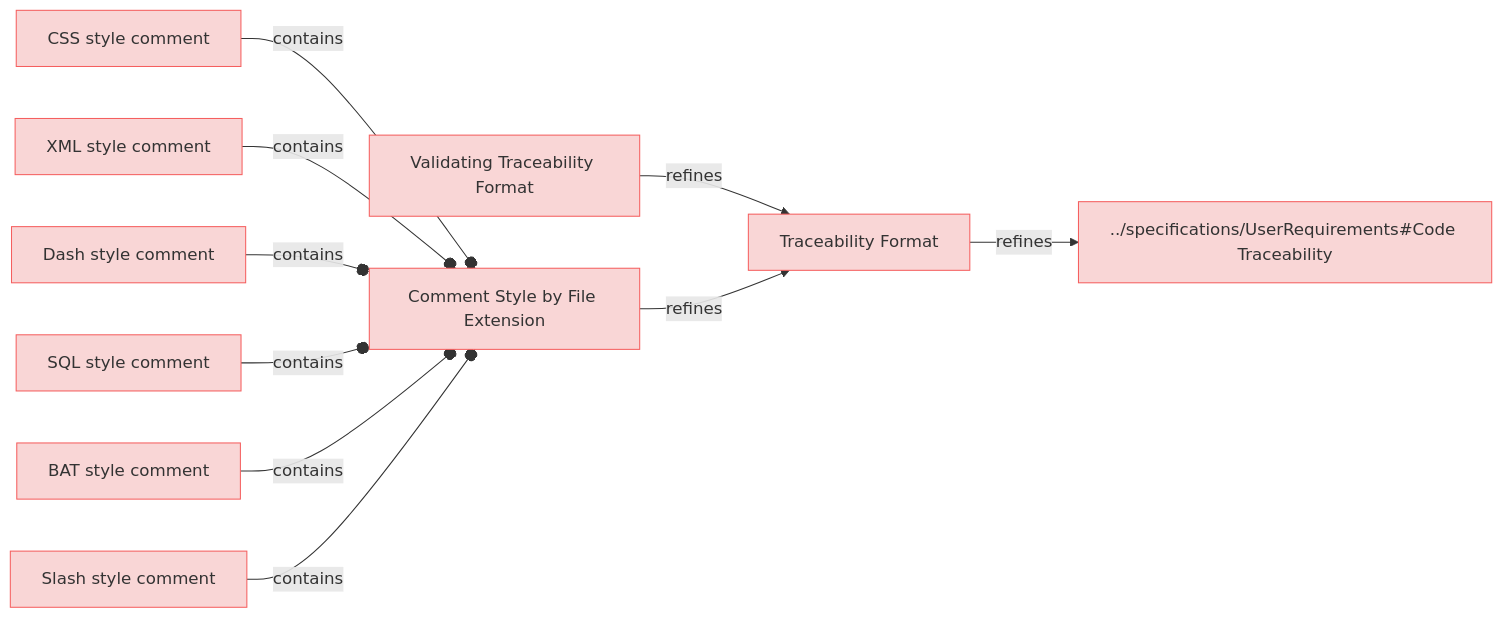
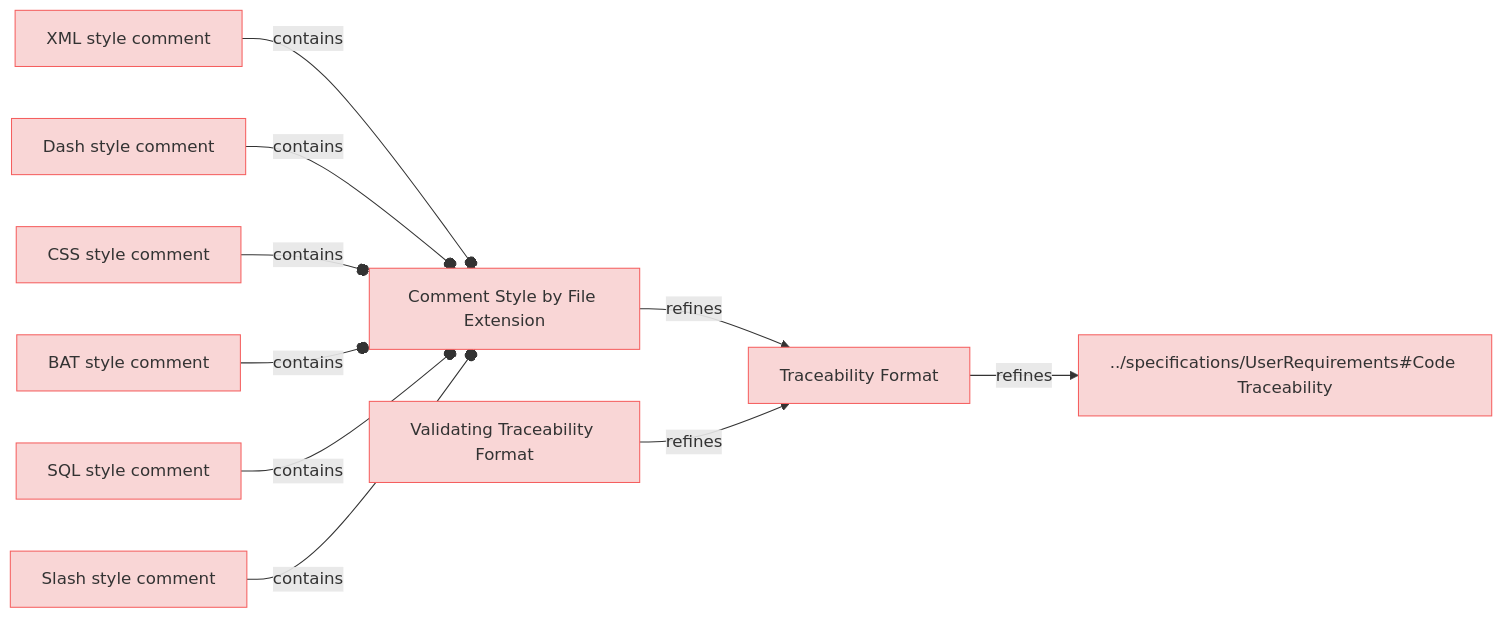
Before and after one commit to reqvire-org/reqvire: the diagram in specifications/CodeTraecabilityRequirements.md, drawn with Mermaid. The commit also changed 21 other files, not shown here.

````diff
--- a/specifications/CodeTraecabilityRequirements.md
+++ b/specifications/CodeTraecabilityRequirements.md
@@ -4,48 +4,48 @@
 ```mermaid
 graph LR;
   %% Graph styling
   classDef requirement fill:#f9d6d6,stroke:#f55f5f,stroke-width:1px;
   classDef verification fill:#d6f9d6,stroke:#5fd75f,stroke-width:1px;
   classDef externalLink fill:#d0e0ff,stroke:#3080ff,stroke-width:1px;
   classDef default fill:#f5f5f5,stroke:#333333,stroke-width:1px;
 
-  a95a4125680208c["CSS style comment"];
-  click a95a4125680208c "https://github.com/ilijaljubicic/Reqvire/blob/8a68ca1eab81bac7964085e47777a0a92447c6a5/specifications/CodeTraecabilityRequirements.md#css-style-comment";
-  class a95a4125680208c requirement;
-  ed3c714e80a3b243["Comment Style by File Extension"];
-  class ed3c714e80a3b243 requirement;
-  click ed3c714e80a3b243 "https://github.com/ilijaljubicic/Reqvire/blob/8a68ca1eab81bac7964085e47777a0a92447c6a5/specifications/CodeTraecabilityRequirements.md#comment-style-by-file-extension";
-  a95a4125680208c --o|contains| ed3c714e80a3b243;
-  c3ad800b6ea0175f["Validating Traceability Format"];
-  click c3ad800b6ea0175f "https://github.com/ilijaljubicic/Reqvire/blob/8a68ca1eab81bac7964085e47777a0a92447c6a5/specifications/CodeTraecabilityRequirements.md#validating-traceability-format";
-  class c3ad800b6ea0175f requirement;
-  d8281700231a102c["Traceability Format"];
-  class d8281700231a102c requirement;
-  click d8281700231a102c "https://github.com/ilijaljubicic/Reqvire/blob/8a68ca1eab81bac7964085e47777a0a92447c6a5/specifications/CodeTraecabilityRequirements.md#traceability-format";
-  c3ad800b6ea0175f -->|refines| d8281700231a102c;
-  d208794d54aa32bd["XML style comment"];
-  click d208794d54aa32bd "https://github.com/ilijaljubicic/Reqvire/blob/8a68ca1eab81bac7964085e47777a0a92447c6a5/specifications/CodeTraecabilityRequirements.md#xml-style-comment";
-  class d208794d54aa32bd requirement;
-  d208794d54aa32bd --o|contains| ed3c714e80a3b243;
-  d71502e6a8142057["Dash style comment"];
-  click d71502e6a8142057 "https://github.com/ilijaljubicic/Reqvire/blob/8a68ca1eab81bac7964085e47777a0a92447c6a5/specifications/CodeTraecabilityRequirements.md#dash-style-comment";
-  class d71502e6a8142057 requirement;
-  d71502e6a8142057 --o|contains| ed3c714e80a3b243;
-  a4bf10ff95327c04["SQL style comment"];
-  click a4bf10ff95327c04 "https://github.com/ilijaljubicic/Reqvire/blob/8a68ca1eab81bac7964085e47777a0a92447c6a5/specifications/CodeTraecabilityRequirements.md#sql-style-comment";
-  class a4bf10ff95327c04 requirement;
-  a4bf10ff95327c04 --o|contains| ed3c714e80a3b243;
-  ed3c714e80a3b243 -->|refines| d8281700231a102c;
-  47469d8977723944["../specifications/UserRequirements#Code Traceability"];
-  class 47469d8977723944 requirement;
-  click 47469d8977723944 "https://github.com/ilijaljubicic/Reqvire/blob/8a68ca1eab81bac7964085e47777a0a92447c6a5/specifications/UserRequirements.md#code-traceability";
-  d8281700231a102c -->|refines| 47469d8977723944;
-  bb0b29340dfacbdb["BAT style comment"];
-  click bb0b29340dfacbdb "https://github.com/ilijaljubicic/Reqvire/blob/8a68ca1eab81bac7964085e47777a0a92447c6a5/specifications/CodeTraecabilityRequirements.md#bat-style-comment";
-  class bb0b29340dfacbdb requirement;
-  bb0b29340dfacbdb --o|contains| ed3c714e80a3b243;
-  304db90ef17becb6["Slash style comment"];
-  click 304db90ef17becb6 "https://github.com/ilijaljubicic/Reqvire/blob/8a68ca1eab81bac7964085e47777a0a92447c6a5/specifications/CodeTraecabilityRequirements.md#slash-style-comment";
-  class 304db90ef17becb6 requirement;
-  304db90ef17becb6 --o|contains| ed3c714e80a3b243;
+  8086d70961a4c09["Traceability Format"];
+  click 8086d70961a4c09 "https://github.com/Reqvire/reqvire/blob/f18e52f9f88c64f67a79abc4e93eb74b3ec22615/specifications/CodeTraecabilityRequirements.md#traceability-format";
+  class 8086d70961a4c09 requirement;
+  8c02a4fb740392b["../specifications/UserRequirements#Code Traceability"];
+  class 8c02a4fb740392b requirement;
+  click 8c02a4fb740392b "https://github.com/Reqvire/reqvire/blob/f18e52f9f88c64f67a79abc4e93eb74b3ec22615/specifications/UserRequirements.md#code-traceability";
+  8086d70961a4c09 -->|refines| 8c02a4fb740392b;
+  f02fa9023214d641["XML style comment"];
+  click f02fa9023214d641 "https://github.com/Reqvire/reqvire/blob/f18e52f9f88c64f67a79abc4e93eb74b3ec22615/specifications/CodeTraecabilityRequirements.md#xml-style-comment";
+  class f02fa9023214d641 requirement;
+  c332a9a7fee51b73["Comment Style by File Extension"];
+  class c332a9a7fee51b73 requirement;
+  click c332a9a7fee51b73 "https://github.com/Reqvire/reqvire/blob/f18e52f9f88c64f67a79abc4e93eb74b3ec22615/specifications/CodeTraecabilityRequirements.md#comment-style-by-file-extension";
+  f02fa9023214d641 --o|contains| c332a9a7fee51b73;
+  c332a9a7fee51b73 -->|refines| 8086d70961a4c09;
+  e7305180ad512acd["Dash style comment"];
+  click e7305180ad512acd "https://github.com/Reqvire/reqvire/blob/f18e52f9f88c64f67a79abc4e93eb74b3ec22615/specifications/CodeTraecabilityRequirements.md#dash-style-comment";
+  class e7305180ad512acd requirement;
+  e7305180ad512acd --o|contains| c332a9a7fee51b73;
+  240322b67055a395["CSS style comment"];
+  click 240322b67055a395 "https://github.com/Reqvire/reqvire/blob/f18e52f9f88c64f67a79abc4e93eb74b3ec22615/specifications/CodeTraecabilityRequirements.md#css-style-comment";
+  class 240322b67055a395 requirement;
+  240322b67055a395 --o|contains| c332a9a7fee51b73;
+  d6b76d3e1a3056ce["BAT style comment"];
+  click d6b76d3e1a3056ce "https://github.com/Reqvire/reqvire/blob/f18e52f9f88c64f67a79abc4e93eb74b3ec22615/specifications/CodeTraecabilityRequirements.md#bat-style-comment";
+  class d6b76d3e1a3056ce requirement;
+  d6b76d3e1a3056ce --o|contains| c332a9a7fee51b73;
+  1e4723b5a9d499c3["Validating Traceability Format"];
+  click 1e4723b5a9d499c3 "https://github.com/Reqvire/reqvire/blob/f18e52f9f88c64f67a79abc4e93eb74b3ec22615/specifications/CodeTraecabilityRequirements.md#validating-traceability-format";
+  class 1e4723b5a9d499c3 requirement;
+  1e4723b5a9d499c3 -->|refines| 8086d70961a4c09;
+  cb7a50ba5073bd8f["SQL style comment"];
+  click cb7a50ba5073bd8f "https://github.com/Reqvire/reqvire/blob/f18e52f9f88c64f67a79abc4e93eb74b3ec22615/specifications/CodeTraecabilityRequirements.md#sql-style-comment";
+  class cb7a50ba5073bd8f requirement;
+  cb7a50ba5073bd8f --o|contains| c332a9a7fee51b73;
+  e7b2735ad78db7f7["Slash style comment"];
+  click e7b2735ad78db7f7 "https://github.com/Reqvire/reqvire/blob/f18e52f9f88c64f67a79abc4e93eb74b3ec22615/specifications/CodeTraecabilityRequirements.md#slash-style-comment";
+  class e7b2735ad78db7f7 requirement;
+  e7b2735ad78db7f7 --o|contains| c332a9a7fee51b73;
 ```
````
